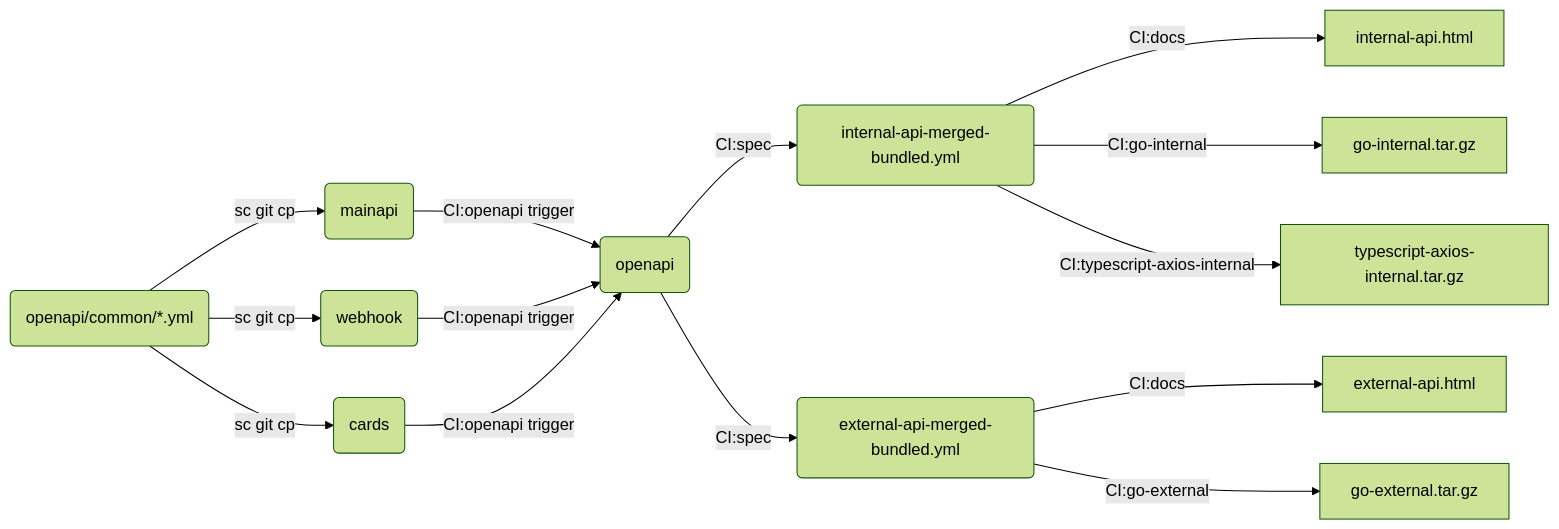
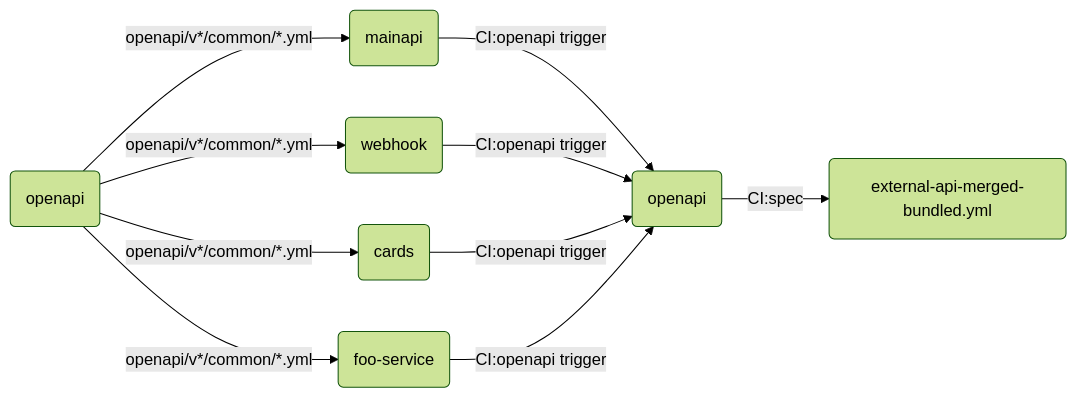
The diagram in README.md (synctera/openapi), drawn with Mermaid (forest theme) before and after one commit. The commit also changed other lines of this file and 6 other files, not shown here.

````diff
--- a/README.md
+++ b/README.md
@@ -7,16 +15,12 @@
 ```mermaid
 graph LR
-O1(openapi/common/*.yml) -->|sc git cp| M(mainapi)
-O1 -->|sc git cp| W(webhook)
-O1 -->|sc git cp| C(cards)
+O1(openapi) -->|openapi/v*/common/*.yml| M(mainapi)
+O1 -->|openapi/v*/common/*.yml| W(webhook)
+O1 -->|openapi/v*/common/*.yml| C(cards)
+O1 -->|openapi/v*/common/*.yml| X(foo-service)
 M -->|CI:openapi trigger| O2(openapi)
 W -->|CI:openapi trigger| O2(openapi)
 C -->|CI:openapi trigger| O2(openapi)
-O2 -->|CI:spec| MI(internal-api-merged-bundled.yml)
+X -->|CI:openapi trigger| O2(openapi)
 O2 -->|CI:spec| ME(external-api-merged-bundled.yml)
-MI -->|CI:docs| internal-api.html
-ME -->|CI:docs| external-api.html
-MI -->|CI:go-internal| go-internal.tar.gz
-ME -->|CI:go-external| go-external.tar.gz
-MI -->|CI:typescript-axios-internal| typescript-axios-internal.tar.gz
 ```
````
